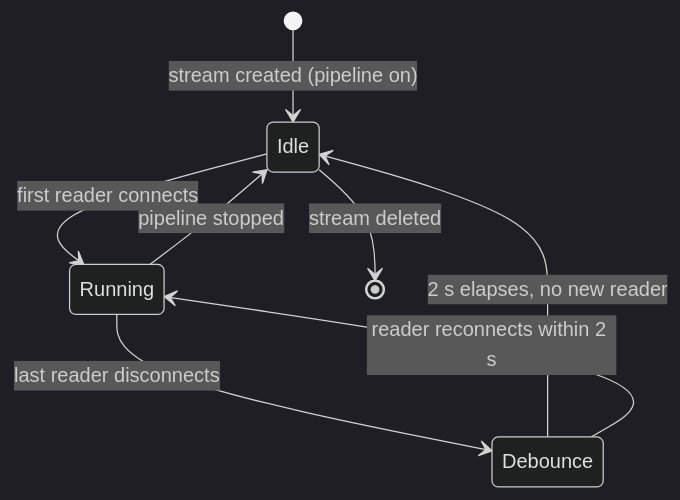
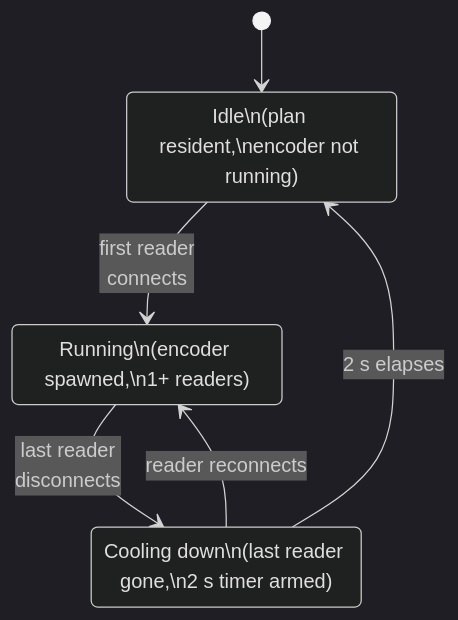
The diagram in website/docs/reference/pipeline-model.md (smazurov/videonode), drawn with Mermaid (dark theme) before and after one commit. The commit also changed other lines of this file and 26 other files, not shown here.

````diff
--- a/website/docs/reference/pipeline-model.md
+++ b/website/docs/reference/pipeline-model.md
@@ -26,17 +26,20 @@
 ```mermaid
 stateDiagram-v2
+  direction TB
   accTitle: Stream encoder lifecycle
   accDescr {
     Encoder plan is always resident. The encoder process only runs
     while at least one reader is connected; a 2-second debounce
     prevents thrash on rapid connect/disconnect.
   }
 
-  [*] --> Idle: stream created (pipeline on)
-  Idle --> Running: first reader connects
-  Running --> Debounce: last reader disconnects
-  Debounce --> Idle: 2 s elapses, no new reader
-  Debounce --> Running: reader reconnects within 2 s
-  Running --> Idle: pipeline stopped
-  Idle --> [*]: stream deleted
+  Idle: Idle\n(plan resident,\nencoder not running)
+  Running: Running\n(encoder spawned,\n1+ readers)
+  Cooling: Cooling down\n(last reader gone,\n2 s timer armed)
+
+  [*] --> Idle
+  Idle --> Running: first reader<br/>connects
+  Running --> Cooling: last reader<br/>disconnects
+  Cooling --> Idle: 2 s elapses
+  Cooling --> Running: reader reconnects
 ```
````
